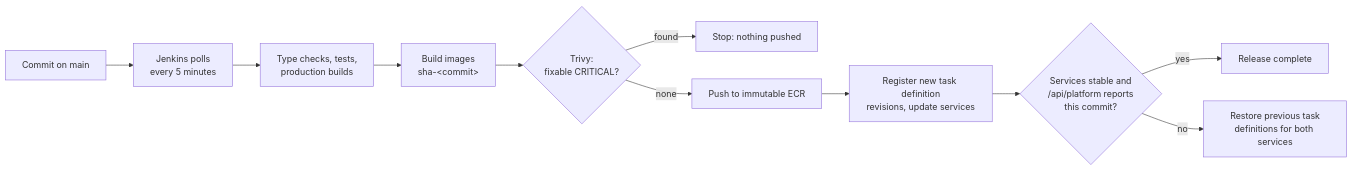
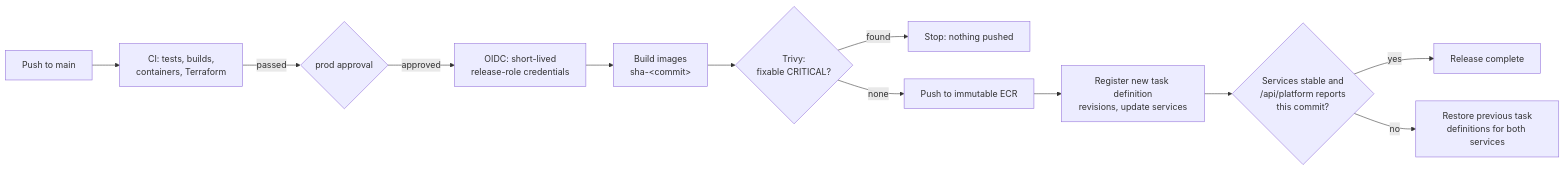
One commit to LordSesay/production-ecs-platform changed the first of 2 diagrams in README.md. Above: the diagram before and after it, drawn with Mermaid. The commit also changed other lines of this file and 29 other files, not shown here.

Commit message:
ci: replace Jenkins with GitHub Actions OIDC release workflow

````diff
--- a/README.md
+++ b/README.md
@@ -49,13 +50,14 @@
 ```mermaid
 flowchart LR
-  A["Commit on main"] --> B["Jenkins polls<br/>every 5 minutes"]
-  B --> C["Type checks, tests,<br/>production builds"]
-  C --> D["Build images<br/>sha-&lt;commit&gt;"]
+  A["Push to main"] --> B["CI: tests, builds,<br/>containers, Terraform"]
+  B -- "passed" --> C{"prod approval"}
+  C -- "approved" --> O["OIDC: short-lived<br/>release-role credentials"]
+  O --> D["Build images<br/>sha-&lt;commit&gt;"]
   D --> E{"Trivy:<br/>fixable CRITICAL?"}
   E -- "found" --> X["Stop: nothing pushed"]
   E -- "none" --> F["Push to immutable ECR"]
   F --> G["Register new task definition<br/>revisions, update services"]
   G --> H{"Services stable and<br/>/api/platform reports<br/>this commit?"}
   H -- "yes" --> I["Release complete"]
   H -- "no" --> R["Restore previous task<br/>definitions for both services"]
 ```
````
